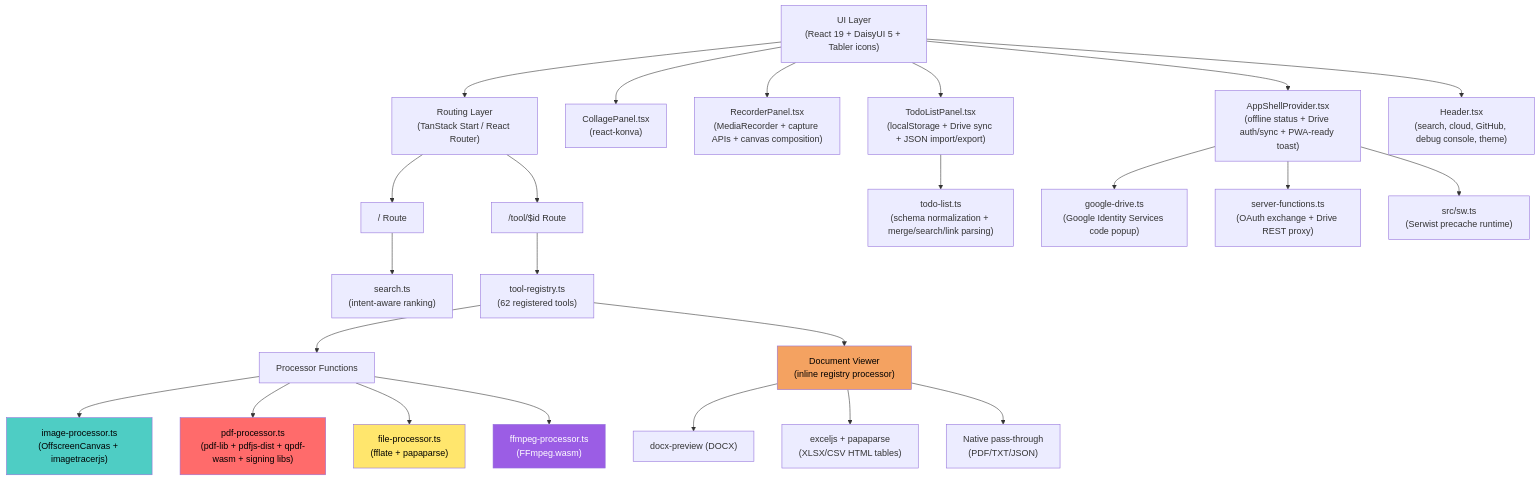
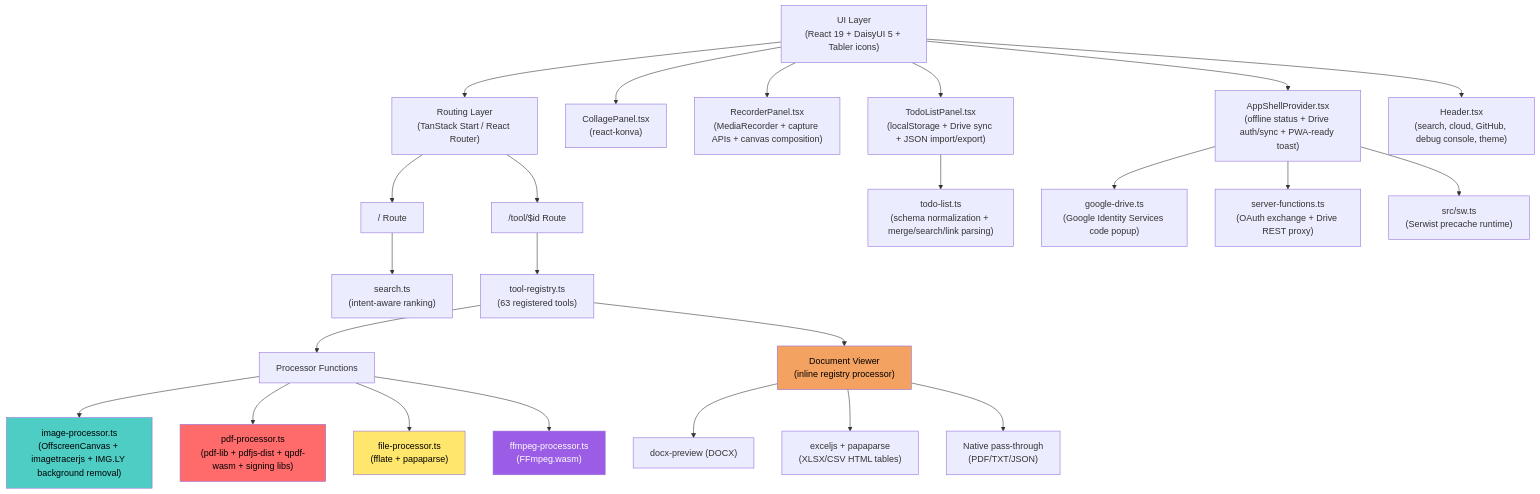
One commit to imxade/kitsy changed the first of 3 diagrams in README.md. Above: the diagram before and after it, drawn with Mermaid. The commit also changed other lines of this file and 10 other files, not shown here.

Commit message:
feat(image): add background removal and text overlays

````diff
--- a/README.md
+++ b/README.md
@@ -20,32 +19,32 @@
 ```mermaid
 flowchart TD
     UI["UI Layer<br/>(React 19 + DaisyUI 5 + Tabler icons)"] --> Router["Routing Layer<br/>(TanStack Start / React Router)"]
     Router --> HomeRoute["/ Route"]
     Router --> ToolRoute["/tool/$id Route"]
     HomeRoute --> SearchRank["search.ts<br/>(intent-aware ranking)"]
-    ToolRoute --> Registry["tool-registry.ts<br/>(62 registered tools)"]
+    ToolRoute --> Registry["tool-registry.ts<br/>(63 registered tools)"]
     Registry --> Processors["Processor Functions"]
-    Processors --> ImgProc["image-processor.ts<br/>(OffscreenCanvas + imagetracerjs)"]
+    Processors --> ImgProc["image-processor.ts<br/>(OffscreenCanvas + imagetracerjs + IMG.LY background removal)"]
     Processors --> PdfProc["pdf-processor.ts<br/>(pdf-lib + pdfjs-dist + qpdf-wasm + signing libs)"]
     Processors --> FileProc["file-processor.ts<br/>(fflate + papaparse)"]
     Processors --> FfmpegProc["ffmpeg-processor.ts<br/>(FFmpeg.wasm)"]
     Registry --> DocInline["Document Viewer<br/>(inline registry processor)"]
     DocInline --> docxPrev["docx-preview (DOCX)"]
     DocInline --> xlsxLib["exceljs + papaparse<br/>(XLSX/CSV HTML tables)"]
     DocInline --> nativeDocs["Native pass-through<br/>(PDF/TXT/JSON)"]
     UI --> CollageUI["CollagePanel.tsx<br/>(react-konva)"]
     UI --> RecorderUI["RecorderPanel.tsx<br/>(MediaRecorder + capture APIs + canvas composition)"]
     UI --> TodoUI["TodoListPanel.tsx<br/>(localStorage + Drive sync + JSON import/export)"]
     TodoUI --> TodoModel["todo-list.ts<br/>(schema normalization + merge/search/link parsing)"]
     UI --> ShellUI["AppShellProvider.tsx<br/>(offline status + Drive auth/sync + PWA-ready toast)"]
     UI --> Header["Header.tsx<br/>(search, cloud, GitHub, debug console, theme)"]
     ShellUI --> DriveAuth["google-drive.ts<br/>(Google Identity Services code popup)"]
     ShellUI --> ServerFns["server-functions.ts<br/>(OAuth exchange + Drive REST proxy)"]
     ShellUI --> SW["src/sw.ts<br/>(Serwist precache runtime)"]
 
     style ImgProc fill:#4ecdc4,color:#000
     style PdfProc fill:#ff6b6b,color:#000
     style FileProc fill:#ffe66d,color:#000
     style FfmpegProc fill:#9b5de5,color:#fff
     style DocInline fill:#f4a261,color:#000
 ```
````
